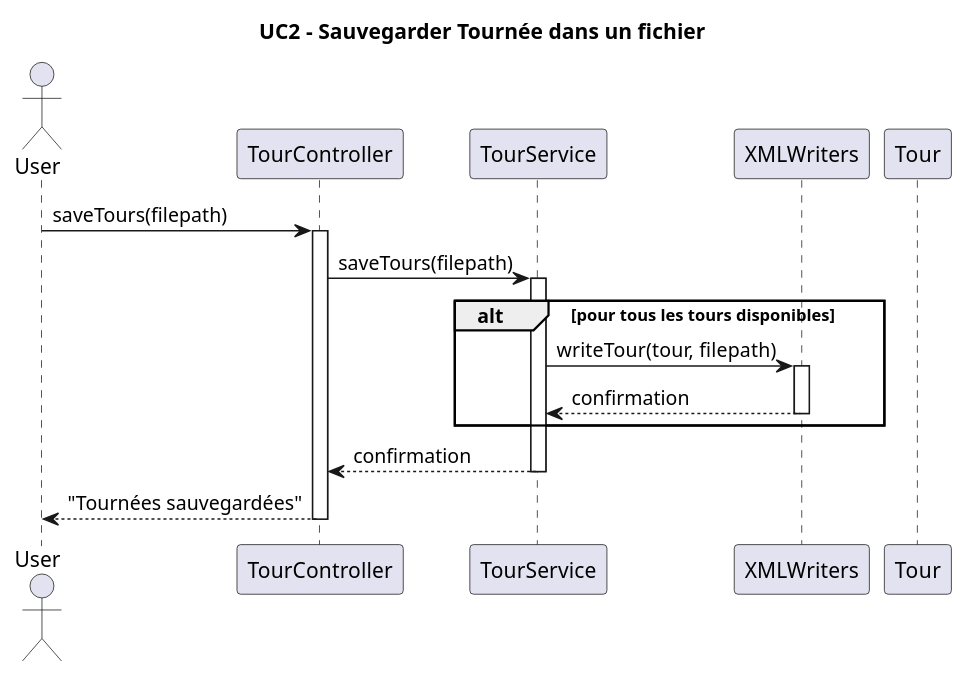
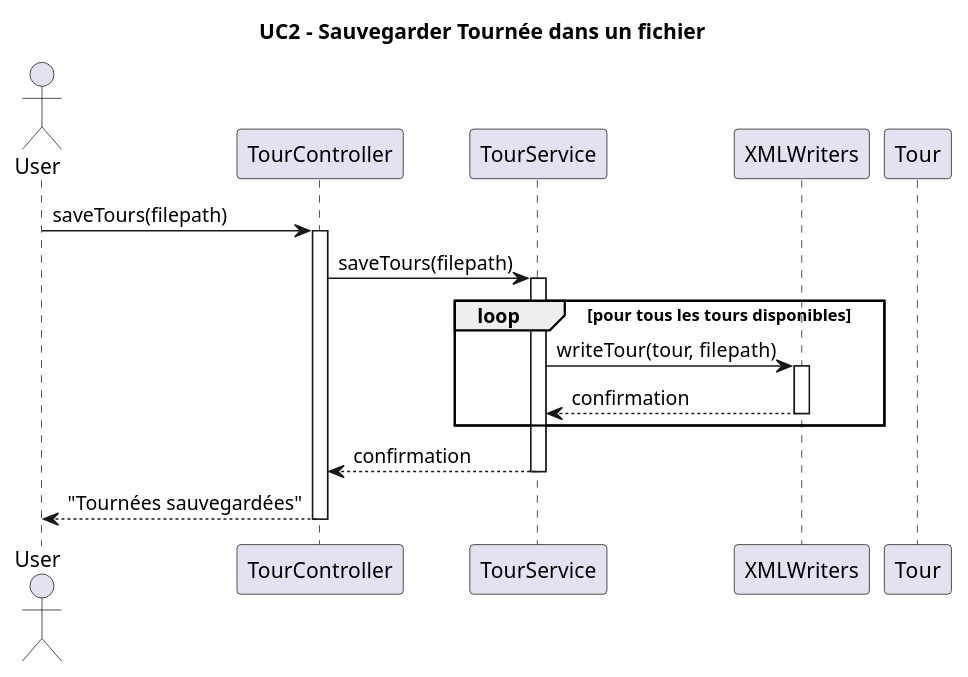
Before and after one commit to enzo-dosanjos/Pickup_Delivery_App: the diagram in diagrams/diagramUC2.plantuml, drawn with PlantUML. The commit also changed 2 other files, not shown here.

```diff
--- a/diagrams/diagramUC2.plantuml
+++ b/diagrams/diagramUC2.plantuml
@@ -1,28 +1,28 @@
 @startuml
 title UC2 - Sauvegarder Tournée dans un fichier
 
 actor User
 participant "TourController" as TC
 participant "TourService" as TS
 participant "XMLWriters" as XW
 participant "Tour" as T
 
 User -> TC : saveTours(filepath)
 activate TC
 
 TC -> TS : saveTours(filepath)
 activate TS
 
-alt pour tous les tours disponibles
+loop pour tous les tours disponibles
     TS -> XW : writeTour(tour, filepath) 
     activate XW
     XW --> TS : confirmation
     deactivate XW
 end
 
 TS --> TC : confirmation
 deactivate TS
 
 TC --> User : "Tournées sauvegardées"
 deactivate TC
 @enduml
```
